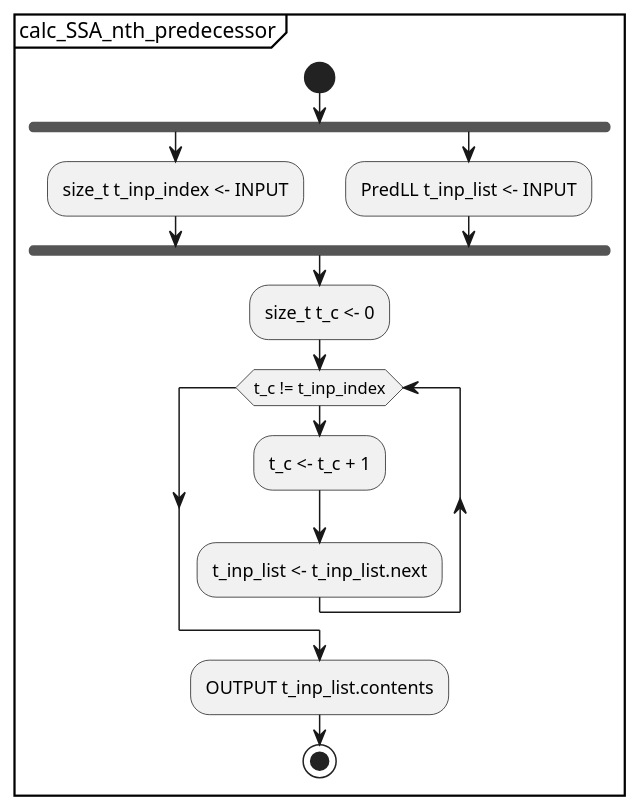
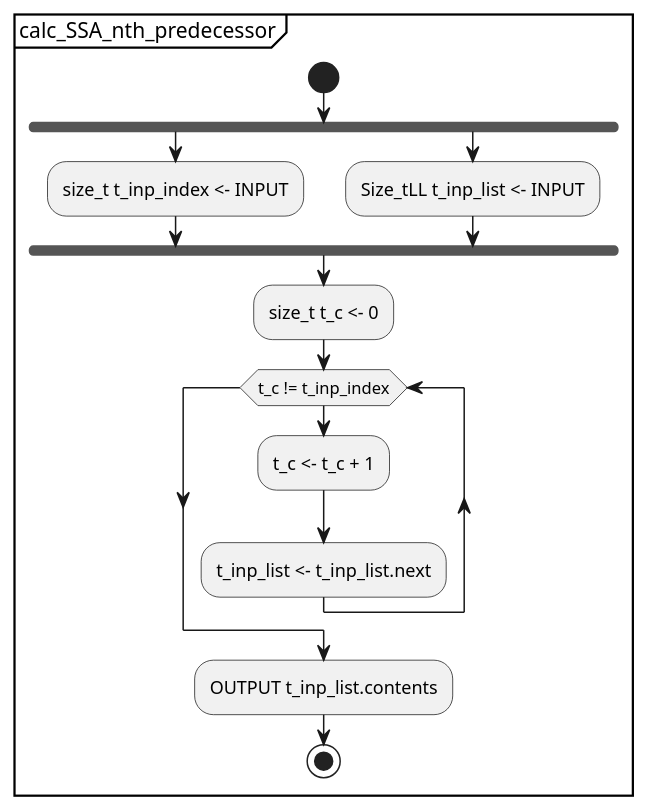
Before and after one commit to KeithCBrett/Python-Compiler: the diagram in docs/UML/Single_Static_Assignment_Generation_Scheme/submodules/md/calc_SSA_nth_predecessor.md, drawn with PlantUML. The commit also changed 10 other files, not shown here.

```diff
--- a/docs/UML/Single_Static_Assignment_Generation_Scheme/submodules/md/calc_SSA_nth_predecessor.md
+++ b/docs/UML/Single_Static_Assignment_Generation_Scheme/submodules/md/calc_SSA_nth_predecessor.md
@@ -1,17 +1,17 @@
 @startuml
 partition calc_SSA_nth_predecessor {
     start
     fork
         :size_t t_inp_index <- INPUT;
     fork again
-        :PredLL t_inp_list <- INPUT;
+        :Size_tLL t_inp_list <- INPUT;
     fork end
     :size_t t_c <- 0;
     while (t_c != t_inp_index)
         :t_c <- t_c + 1;
         :t_inp_list <- t_inp_list.next;
     endwhile
     :OUTPUT t_inp_list.contents;
     stop
 }
 @enduml
```
